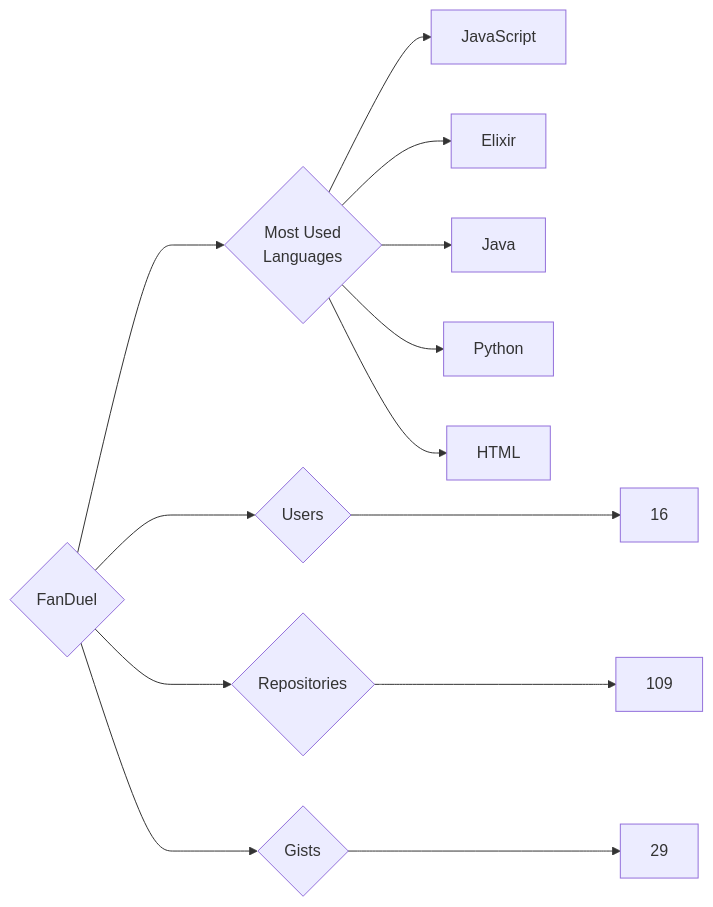
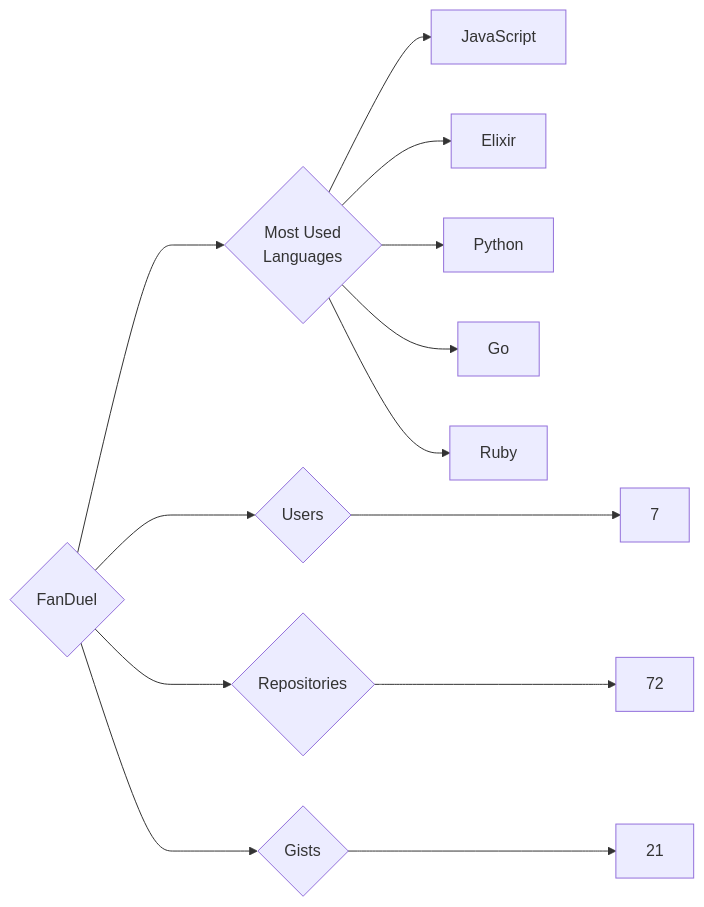
The diagram in targets/FanDuel/README.md (trickest/insiders), drawn with Mermaid before and after one commit. The commit also changed 594 other files, not shown here.

````diff
--- a/targets/FanDuel/README.md
+++ b/targets/FanDuel/README.md
@@ -3,13 +3,13 @@
 ```mermaid
 graph LR
 COMPANY_NAME{FanDuel}
-COMPANY_NAME ---> U{Users} ---> UN[16]
-COMPANY_NAME ---> R{Repositories} ---> RN[109]
-COMPANY_NAME ---> G{Gists} ---> GN[29]
+COMPANY_NAME ---> U{Users} ---> UN[7]
+COMPANY_NAME ---> R{Repositories} ---> RN[72]
+COMPANY_NAME ---> G{Gists} ---> GN[21]
 COMPANY_NAME ---> ML{Most Used<br>Languages}
 ML --> JavaScript[JavaScript]
 ML --> Elixir[Elixir]
-ML --> Java[Java]
 ML --> Python[Python]
-ML --> HTML[HTML]
+ML --> Go[Go]
+ML --> Ruby[Ruby]
 ```
````
